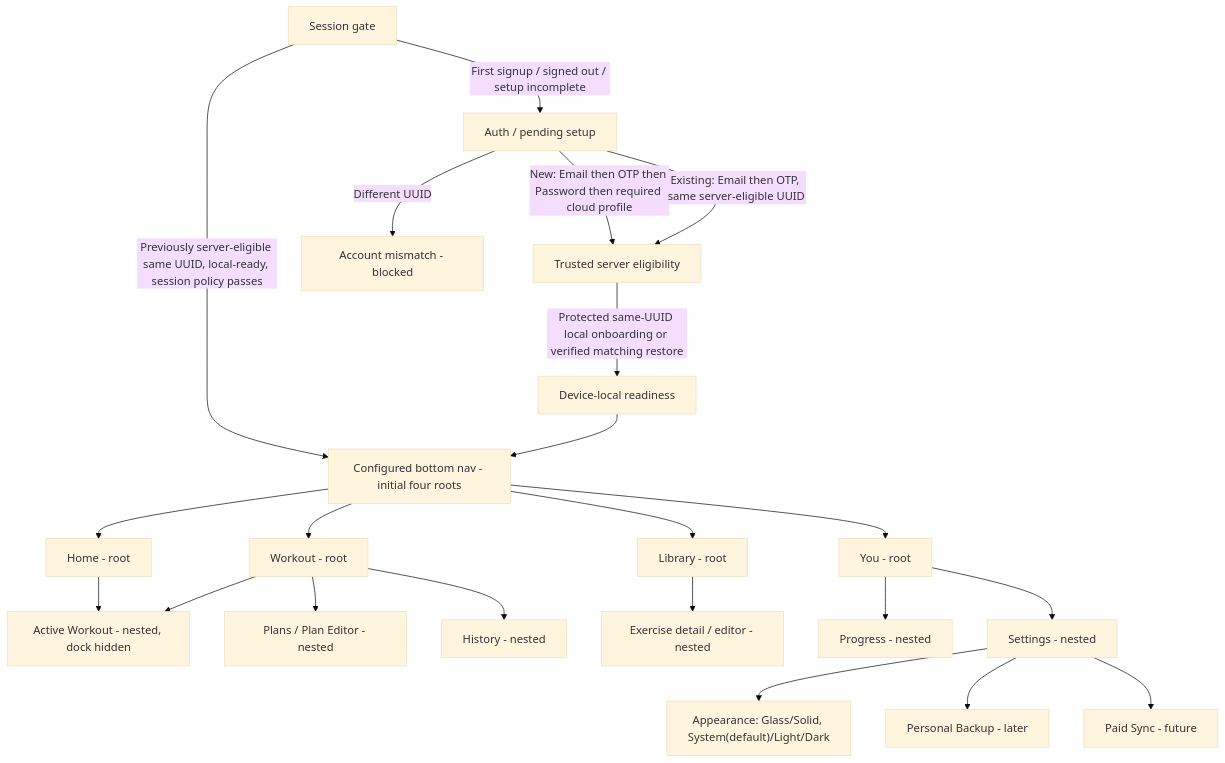
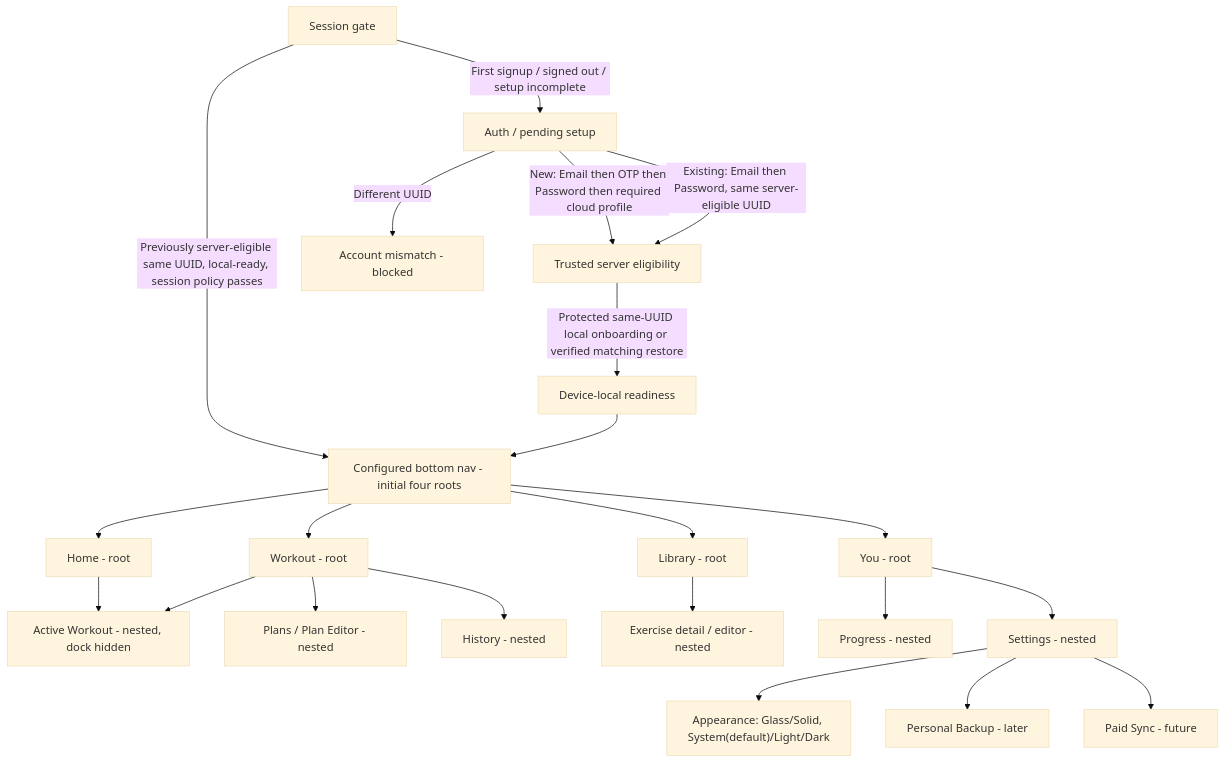
Before and after one commit to im-tnyx/Tio-Workspace: the diagram in docs/20-MVP-UX-FLOWS.md, drawn with Mermaid (base theme). The commit also changed other lines of this file and 13 other files, not shown here.

Commit message:
docs: align unified auth policy with password sign-in

````diff
--- a/docs/20-MVP-UX-FLOWS.md
+++ b/docs/20-MVP-UX-FLOWS.md
@@ -17,24 +17,24 @@
 ```mermaid
 flowchart TD
   S["Session gate"] -->|Previously server-eligible same UUID, local-ready, session policy passes| Dock["Configured bottom nav - initial four roots"]
   S -->|First signup / signed out / setup incomplete| Auth["Auth / pending setup"]
   Auth -->|New: Email then OTP then Password then required cloud profile| Eligible["Trusted server eligibility"]
-  Auth -->|Existing: Email then OTP, same server-eligible UUID| Eligible
+  Auth -->|Existing: Email then Password, same server-eligible UUID| Eligible
   Eligible -->|Protected same-UUID local onboarding or verified matching restore| Ready["Device-local readiness"]
   Ready --> Dock
   Auth -->|Different UUID| Denied["Account mismatch - blocked"]
   Dock --> Home["Home - root"]
   Dock --> Workout["Workout - root"]
   Dock --> Library["Library - root"]
   Dock --> You["You - root"]
   Home --> Active["Active Workout - nested, dock hidden"]
   Workout --> Plans["Plans / Plan Editor - nested"]
   Workout --> Active
   Workout --> History["History - nested"]
   Library --> Exercise["Exercise detail / editor - nested"]
   You --> Progress["Progress - nested"]
   You --> Settings["Settings - nested"]
   Settings --> Appear["Appearance: Glass/Solid, System(default)/Light/Dark"]
   Settings --> Backup["Personal Backup - later"]
   Settings --> Sync["Paid Sync - future"]
 ```
````
